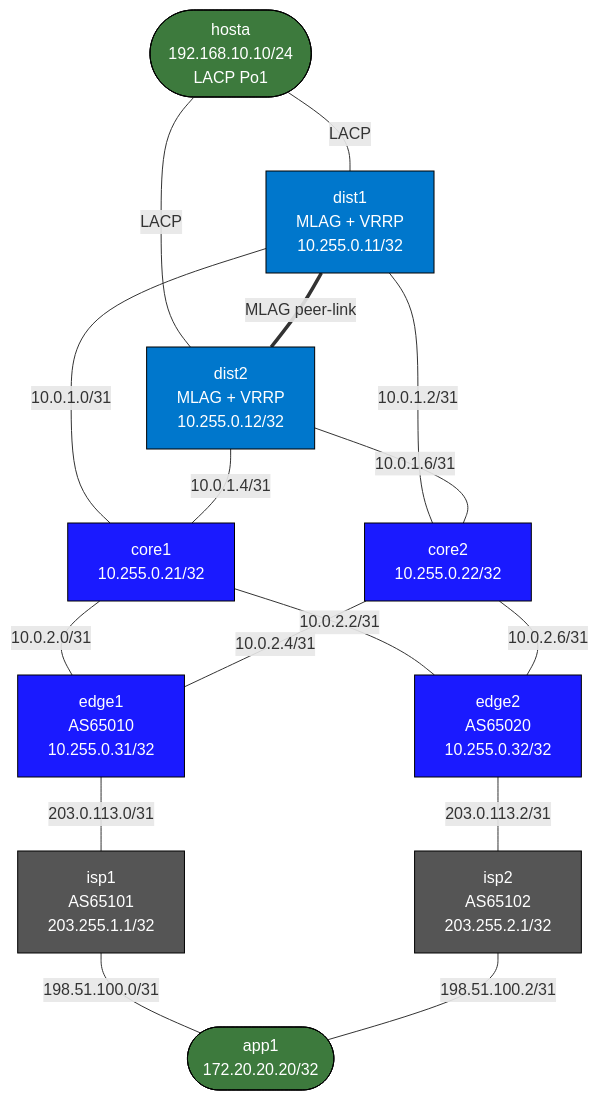
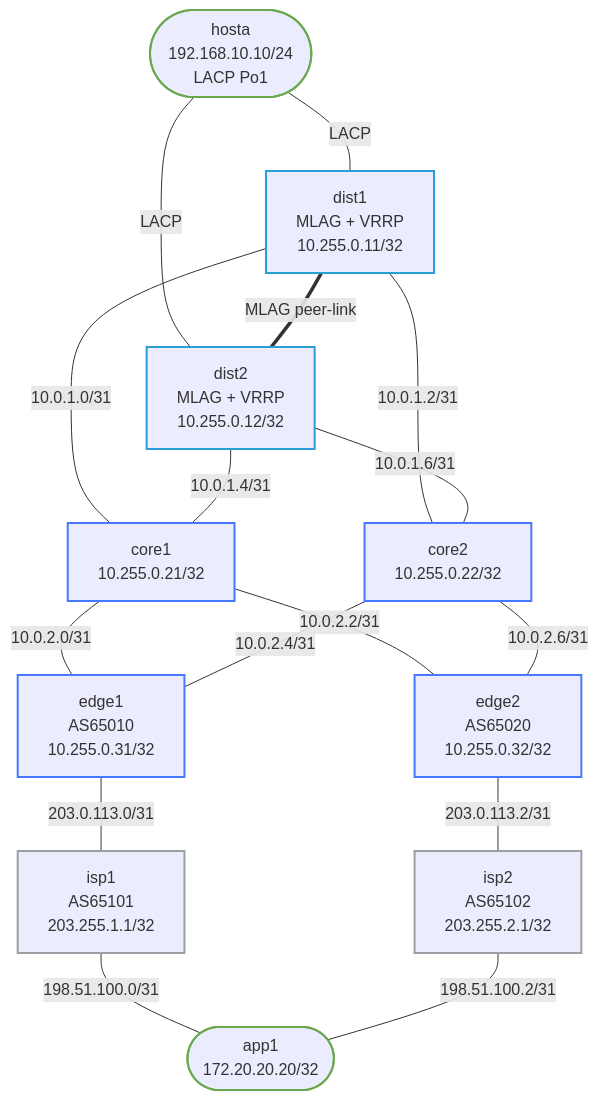
Before and after one commit to jschless/networkingLabs: the diagram in labs/ha-network-design-ceos/README.md, drawn with Mermaid. The commit also changed 250 other files, not shown here.

Commit message:
Fix unreadable topology diagrams, convert ASCII art, publish assessments (#57)

````diff
--- a/labs/ha-network-design-ceos/README.md
+++ b/labs/ha-network-design-ceos/README.md
@@ -27,39 +27,39 @@
 ```mermaid
 flowchart TB
-    hosta(["hosta\n192.168.10.10/24\nLACP Po1"])
-    dist1["dist1\nMLAG + VRRP\n10.255.0.11/32"]
-    dist2["dist2\nMLAG + VRRP\n10.255.0.12/32"]
-    core1["core1\n10.255.0.21/32"]
-    core2["core2\n10.255.0.22/32"]
-    edge1["edge1\nAS65010\n10.255.0.31/32"]
-    edge2["edge2\nAS65020\n10.255.0.32/32"]
-    isp1["isp1\nAS65101\n203.255.1.1/32"]
-    isp2["isp2\nAS65102\n203.255.2.1/32"]
-    app1(["app1\n172.20.20.20/32"])
+    hosta(["hosta<br/>192.168.10.10/24<br/>LACP Po1"])
+    dist1["dist1<br/>MLAG + VRRP<br/>10.255.0.11/32"]
+    dist2["dist2<br/>MLAG + VRRP<br/>10.255.0.12/32"]
+    core1["core1<br/>10.255.0.21/32"]
+    core2["core2<br/>10.255.0.22/32"]
+    edge1["edge1<br/>AS65010<br/>10.255.0.31/32"]
+    edge2["edge2<br/>AS65020<br/>10.255.0.32/32"]
+    isp1["isp1<br/>AS65101<br/>203.255.1.1/32"]
+    isp2["isp2<br/>AS65102<br/>203.255.2.1/32"]
+    app1(["app1<br/>172.20.20.20/32"])
 
     hosta -- "LACP" --- dist1
     hosta -- "LACP" --- dist2
     dist1 == "MLAG peer-link" === dist2
     dist1 -- "10.0.1.0/31" --- core1
     dist1 -- "10.0.1.2/31" --- core2
     dist2 -- "10.0.1.4/31" --- core1
     dist2 -- "10.0.1.6/31" --- core2
     core1 -- "10.0.2.0/31" --- edge1
     core1 -- "10.0.2.2/31" --- edge2
     core2 -- "10.0.2.4/31" --- edge1
     core2 -- "10.0.2.6/31" --- edge2
     edge1 -- "203.0.113.0/31" --- isp1
     edge2 -- "203.0.113.2/31" --- isp2
     isp1 -- "198.51.100.0/31" --- app1
     isp2 -- "198.51.100.2/31" --- app1
 
-    classDef core   fill:#1a1aff,color:#fff,stroke:#000
-    classDef dist   fill:#0077cc,color:#fff,stroke:#000
-    classDef host   fill:#3d7a3d,color:#fff,stroke:#000
-    classDef isp    fill:#555,color:#fff,stroke:#000
+    classDef core stroke:#4778ff,stroke-width:2px
+    classDef dist stroke:#2a9fd6,stroke-width:2px
+    classDef host stroke:#6aa84f,stroke-width:2px
+    classDef isp stroke:#9aa0a6,stroke-width:2px
 
     class core1,core2,edge1,edge2 core
     class dist1,dist2 dist
     class hosta,app1 host
     class isp1,isp2 isp
 ```
````
